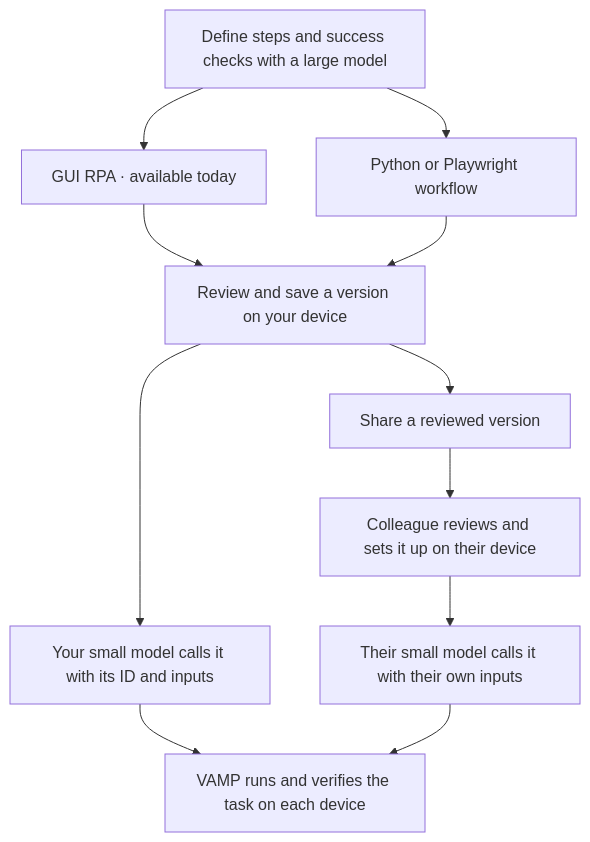
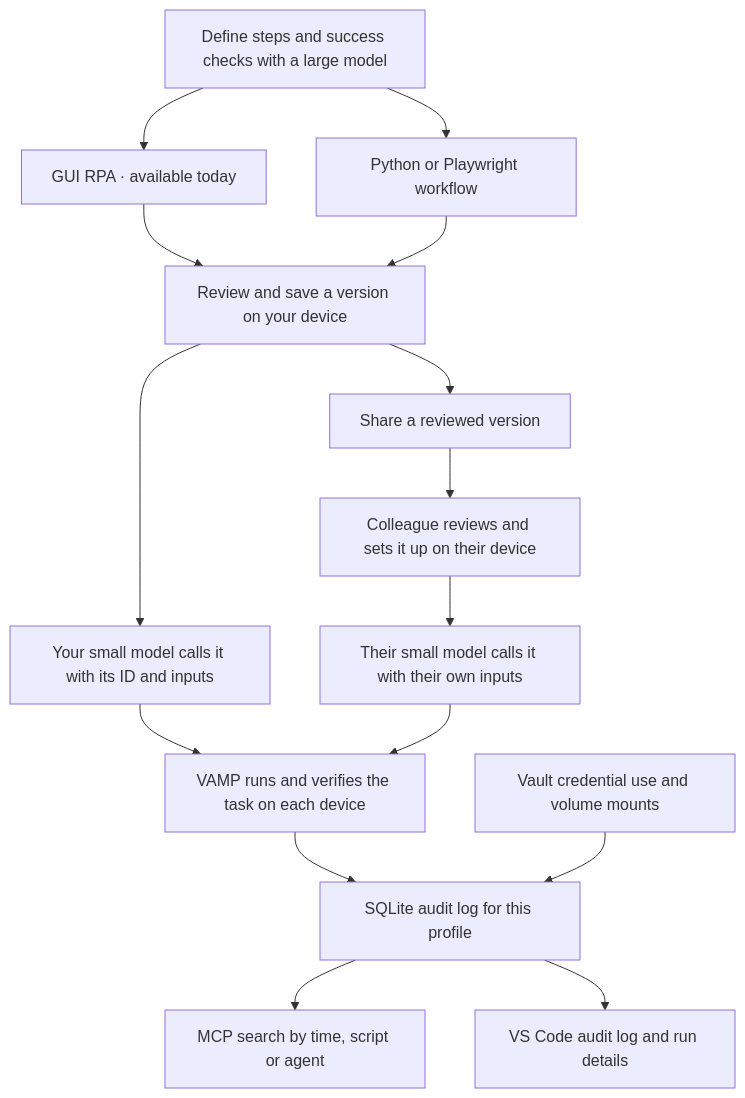
One commit to wayfarer6/vamp-mcp changed the first of 2 diagrams in README.md. Above: the diagram before and after it, drawn with Mermaid. The commit also changed other lines of this file and 27 other files, not shown here.

Commit message:
Record workflow and Vault audit events in SQLite and expose filtered history

````diff
--- a/README.md
+++ b/README.md
@@ -43,13 +43,17 @@
 ```mermaid
 flowchart TD
     A["Define steps and success checks with a large model"] --> G["GUI RPA · available today"]
     A --> C["Python or Playwright workflow"]
     G --> L["Review and save a version on your device"]
     C --> L
     L --> M["Your small model calls it with its ID and inputs"]
     L --> P["Share a reviewed version"]
     P --> T["Colleague reviews and sets it up on their device"]
     T --> N["Their small model calls it with their own inputs"]
     M --> R["VAMP runs and verifies the task on each device"]
     N --> R
+    R --> DB["SQLite audit log for this profile"]
+    V["Vault credential use and volume mounts"] --> DB
+    DB --> Q["MCP search by time, script or agent"]
+    DB --> U["VS Code audit log and run details"]
 ```
````
